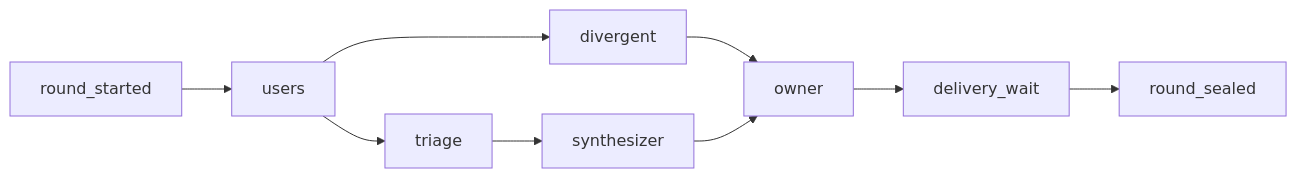
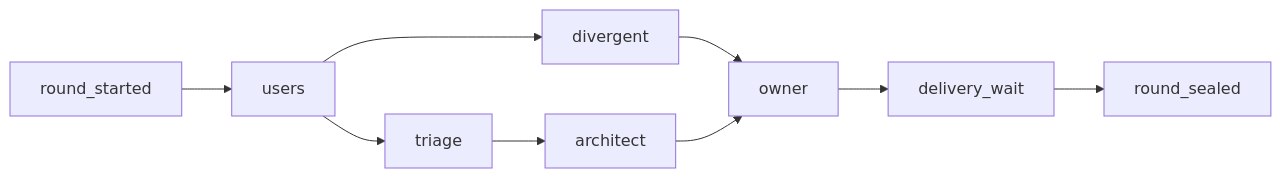
The first of 2 diagrams in docs/specs/0064-stage-resumable-experiment-runtime.md (Curry09/AHE-Beta), drawn with Mermaid before and after one commit. The commit also changed other lines of this file and 780 other files, not shown here.

Commit message:
refactor: align AHE-Beta branding and Architect naming (#75)

````diff
--- a/docs/specs/0064-stage-resumable-experiment-runtime.md
+++ b/docs/specs/0064-stage-resumable-experiment-runtime.md
@@ -243,11 +243,11 @@
 ```mermaid
 flowchart LR
     R[round_started] --> U[users]
     U --> T[triage]
     U --> P[divergent]
-    T --> D[synthesizer]
+    T --> D[architect]
     P --> O[owner]
     D --> O
     O --> W[delivery_wait]
     W --> S[round_sealed]
 ```
````
